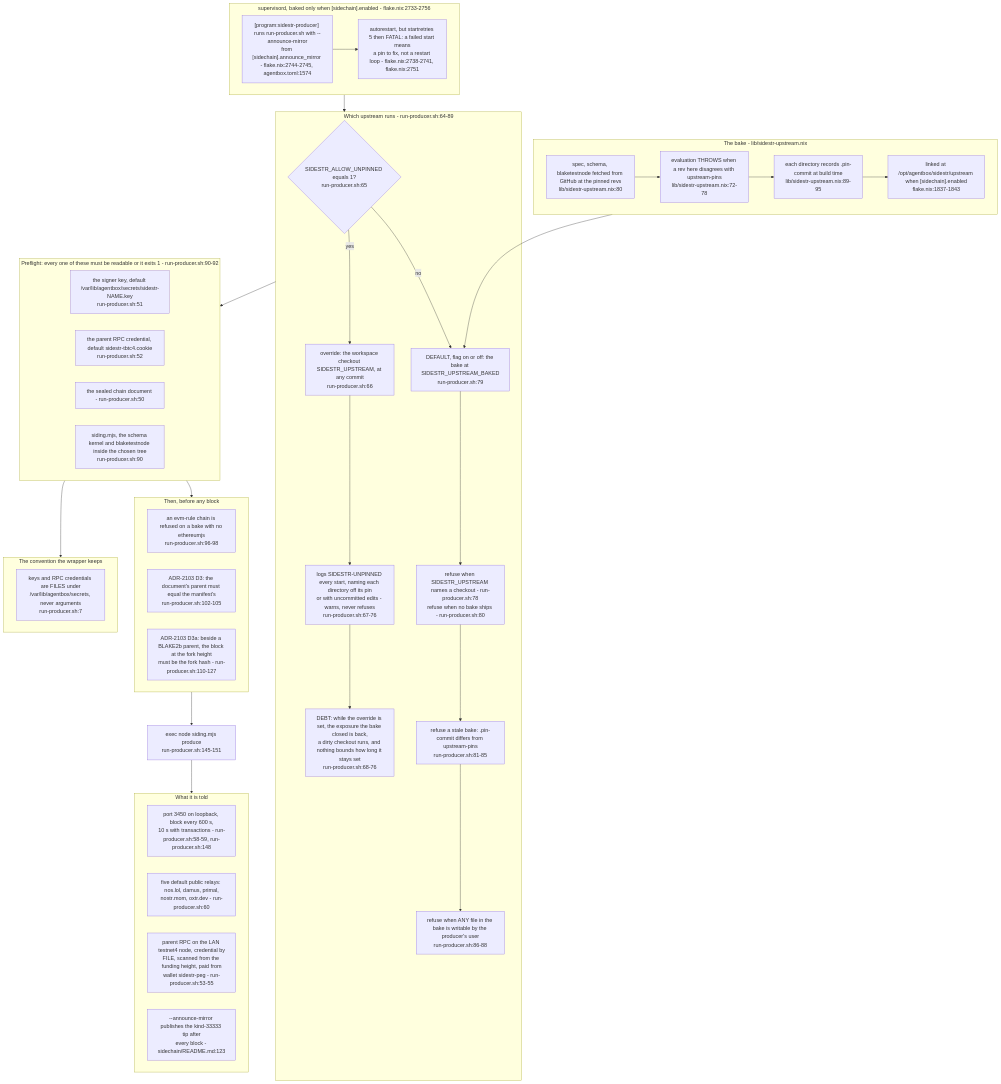
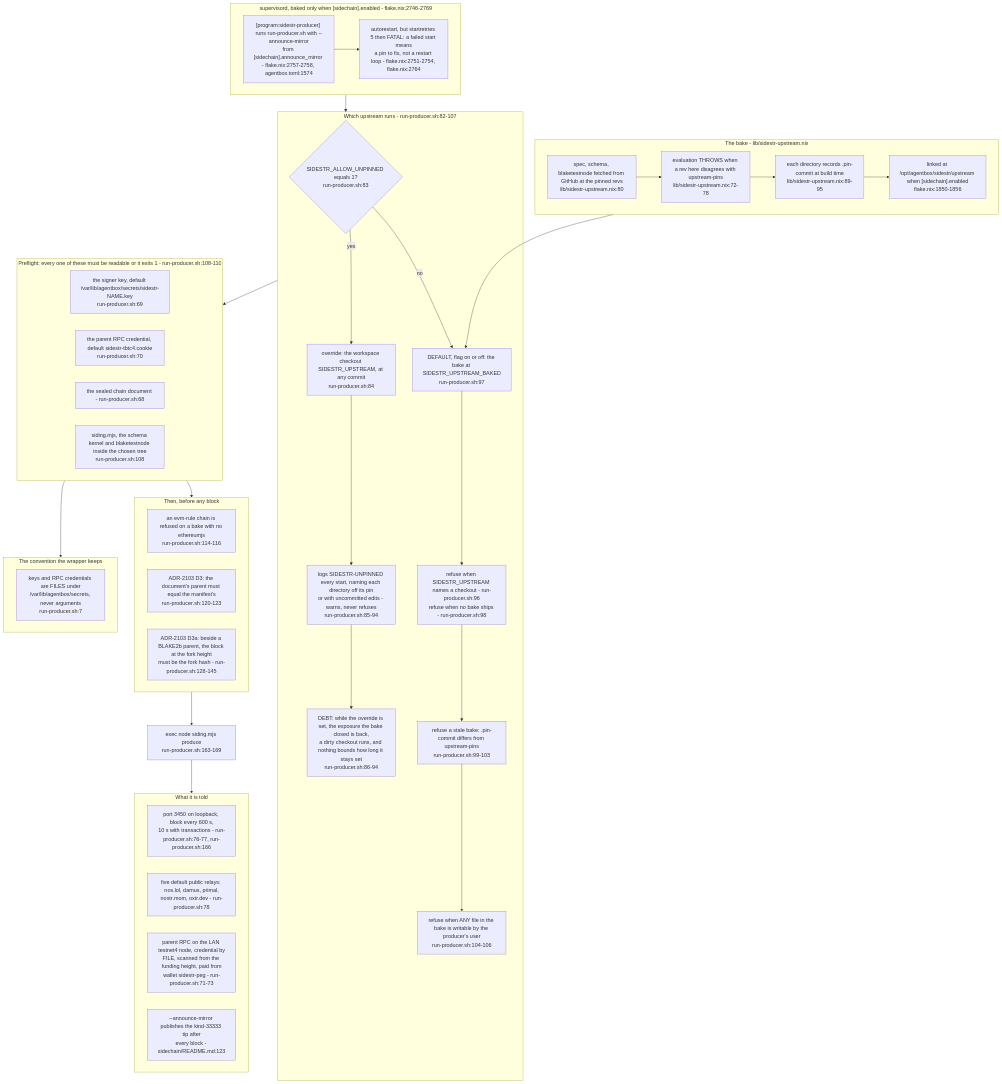
One commit to DreamLab-AI/VisionFlow changed the first of 6 diagrams in docs/diagrams/agentbox/34-sidestr-interim-producer-and-mirror.md. Above: the diagram before and after it, drawn with Mermaid. The commit also changed other lines of this file and 4 other files, not shown here.

````diff
--- a/docs/diagrams/agentbox/34-sidestr-interim-producer-and-mirror.md
+++ b/docs/diagrams/agentbox/34-sidestr-interim-producer-and-mirror.md
@@ -46,54 +46,54 @@
 ```mermaid
 flowchart TB
-    subgraph sup["supervisord, baked only when [sidechain].enabled - flake.nix:2733-2756"]
-        SP["[program:sidestr-producer] runs run-producer.sh with --announce-mirror<br/>from [sidechain].announce_mirror - flake.nix:2744-2745, agentbox.toml:1574"]
-        SR["autorestart, but startretries 5 then FATAL: a failed start means<br/>a pin to fix, not a restart loop - flake.nix:2738-2741, flake.nix:2751"]
+    subgraph sup["supervisord, baked only when [sidechain].enabled - flake.nix:2746-2769"]
+        SP["[program:sidestr-producer] runs run-producer.sh with --announce-mirror<br/>from [sidechain].announce_mirror - flake.nix:2757-2758, agentbox.toml:1574"]
+        SR["autorestart, but startretries 5 then FATAL: a failed start means<br/>a pin to fix, not a restart loop - flake.nix:2751-2754, flake.nix:2764"]
         SP --> SR
     end
     subgraph bake["The bake - lib/sidestr-upstream.nix"]
         B1["spec, schema, blaketestnode fetched from GitHub at the pinned revs<br/>lib/sidestr-upstream.nix:80"]
         B2["evaluation THROWS when a rev here disagrees with upstream-pins<br/>lib/sidestr-upstream.nix:72-78"]
         B3["each directory records .pin-commit at build time<br/>lib/sidestr-upstream.nix:89-95"]
-        B4["linked at /opt/agentbox/sidestr/upstream when [sidechain].enabled<br/>flake.nix:1837-1843"]
+        B4["linked at /opt/agentbox/sidestr/upstream when [sidechain].enabled<br/>flake.nix:1850-1856"]
         B1 --> B2 --> B3 --> B4
     end
-    subgraph pick["Which upstream runs - run-producer.sh:64-89"]
-        D{"SIDESTR_ALLOW_UNPINNED equals 1?<br/>run-producer.sh:65"}
-        BK["DEFAULT, flag on or off: the bake at SIDESTR_UPSTREAM_BAKED<br/>run-producer.sh:79"]
-        BK1["refuse when SIDESTR_UPSTREAM names a checkout - run-producer.sh:78<br/>refuse when no bake ships - run-producer.sh:80"]
-        BK2["refuse a stale bake: .pin-commit differs from upstream-pins<br/>run-producer.sh:81-85"]
-        BK3["refuse when ANY file in the bake is writable by the producer's user<br/>run-producer.sh:86-88"]
-        UN["override: the workspace checkout SIDESTR_UPSTREAM, at any commit<br/>run-producer.sh:66"]
-        UN1["logs SIDESTR-UNPINNED every start, naming each directory off its pin<br/>or with uncommitted edits - warns, never refuses<br/>run-producer.sh:67-76"]
-        UN2["DEBT: while the override is set, the exposure the bake closed is back,<br/>a dirty checkout runs, and nothing bounds how long it stays set<br/>run-producer.sh:68-76"]
+    subgraph pick["Which upstream runs - run-producer.sh:82-107"]
+        D{"SIDESTR_ALLOW_UNPINNED equals 1?<br/>run-producer.sh:83"}
+        BK["DEFAULT, flag on or off: the bake at SIDESTR_UPSTREAM_BAKED<br/>run-producer.sh:97"]
+        BK1["refuse when SIDESTR_UPSTREAM names a checkout - run-producer.sh:96<br/>refuse when no bake ships - run-producer.sh:98"]
+        BK2["refuse a stale bake: .pin-commit differs from upstream-pins<br/>run-producer.sh:99-103"]
+        BK3["refuse when ANY file in the bake is writable by the producer's user<br/>run-producer.sh:104-106"]
+        UN["override: the workspace checkout SIDESTR_UPSTREAM, at any commit<br/>run-producer.sh:84"]
+        UN1["logs SIDESTR-UNPINNED every start, naming each directory off its pin<br/>or with uncommitted edits - warns, never refuses<br/>run-producer.sh:85-94"]
+        UN2["DEBT: while the override is set, the exposure the bake closed is back,<br/>a dirty checkout runs, and nothing bounds how long it stays set<br/>run-producer.sh:86-94"]
         UN1 --> UN2
         D -->|no| BK --> BK1 --> BK2 --> BK3
         D -->|yes| UN --> UN1
     end
-    subgraph pre["Preflight: every one of these must be readable or it exits 1 - run-producer.sh:90-92"]
-        P1["the signer key, default /var/lib/agentbox/secrets/sidestr-NAME.key<br/>run-producer.sh:51"]
-        P2["the parent RPC credential, default sidestr-tbtc4.cookie<br/>run-producer.sh:52"]
-        P3["the sealed chain document - run-producer.sh:50"]
-        P4["siding.mjs, the schema kernel and blaketestnode inside the chosen tree<br/>run-producer.sh:90"]
+    subgraph pre["Preflight: every one of these must be readable or it exits 1 - run-producer.sh:108-110"]
+        P1["the signer key, default /var/lib/agentbox/secrets/sidestr-NAME.key<br/>run-producer.sh:69"]
+        P2["the parent RPC credential, default sidestr-tbtc4.cookie<br/>run-producer.sh:70"]
+        P3["the sealed chain document - run-producer.sh:68"]
+        P4["siding.mjs, the schema kernel and blaketestnode inside the chosen tree<br/>run-producer.sh:108"]
     end
     subgraph gates["Then, before any block"]
-        G1["an evm-rule chain is refused on a bake with no ethereumjs<br/>run-producer.sh:96-98"]
-        G2["ADR-2103 D3: the document's parent must equal the manifest's<br/>run-producer.sh:102-105"]
-        G3["ADR-2103 D3a: beside a BLAKE2b parent, the block at the fork height<br/>must be the fork hash - run-producer.sh:110-127"]
+        G1["an evm-rule chain is refused on a bake with no ethereumjs<br/>run-producer.sh:114-116"]
+        G2["ADR-2103 D3: the document's parent must equal the manifest's<br/>run-producer.sh:120-123"]
+        G3["ADR-2103 D3a: beside a BLAKE2b parent, the block at the fork height<br/>must be the fork hash - run-producer.sh:128-145"]
     end
     sup --> pick
     bake --> BK
     pick --> pre --> gates
-    gates --> EXEC["exec node siding.mjs produce<br/>run-producer.sh:145-151"]
+    gates --> EXEC["exec node siding.mjs produce<br/>run-producer.sh:163-169"]
     subgraph args["What it is told"]
-        A1["port 3450 on loopback, block every 600 s,<br/>10 s with transactions - run-producer.sh:58-59, run-producer.sh:148"]
-        A2["five default public relays: nos.lol, damus, primal,<br/>nostr.mom, oxtr.dev - run-producer.sh:60"]
-        A3["parent RPC on the LAN testnet4 node, credential by<br/>FILE, scanned from the funding height, paid from<br/>wallet sidestr-peg - run-producer.sh:53-55"]
+        A1["port 3450 on loopback, block every 600 s,<br/>10 s with transactions - run-producer.sh:76-77, run-producer.sh:166"]
+        A2["five default public relays: nos.lol, damus, primal,<br/>nostr.mom, oxtr.dev - run-producer.sh:78"]
+        A3["parent RPC on the LAN testnet4 node, credential by<br/>FILE, scanned from the funding height, paid from<br/>wallet sidestr-peg - run-producer.sh:71-73"]
         A4["--announce-mirror publishes the kind-33333 tip after<br/>every block - sidechain/README.md:123"]
     end
     EXEC --> args
     subgraph rule["The convention the wrapper keeps"]
         R["keys and RPC credentials are FILES under<br/>/var/lib/agentbox/secrets, never arguments<br/>run-producer.sh:7"]
     end
     pre --> rule
 ```
````
